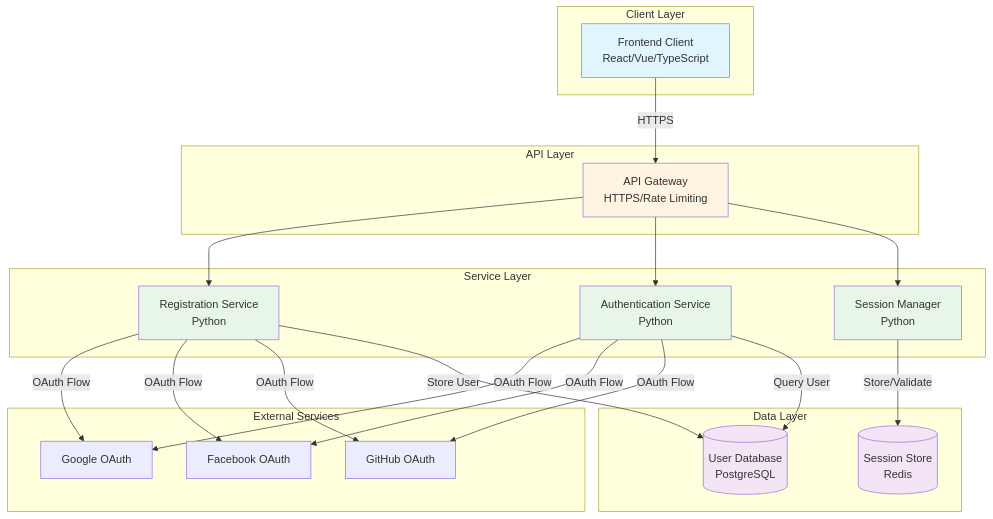
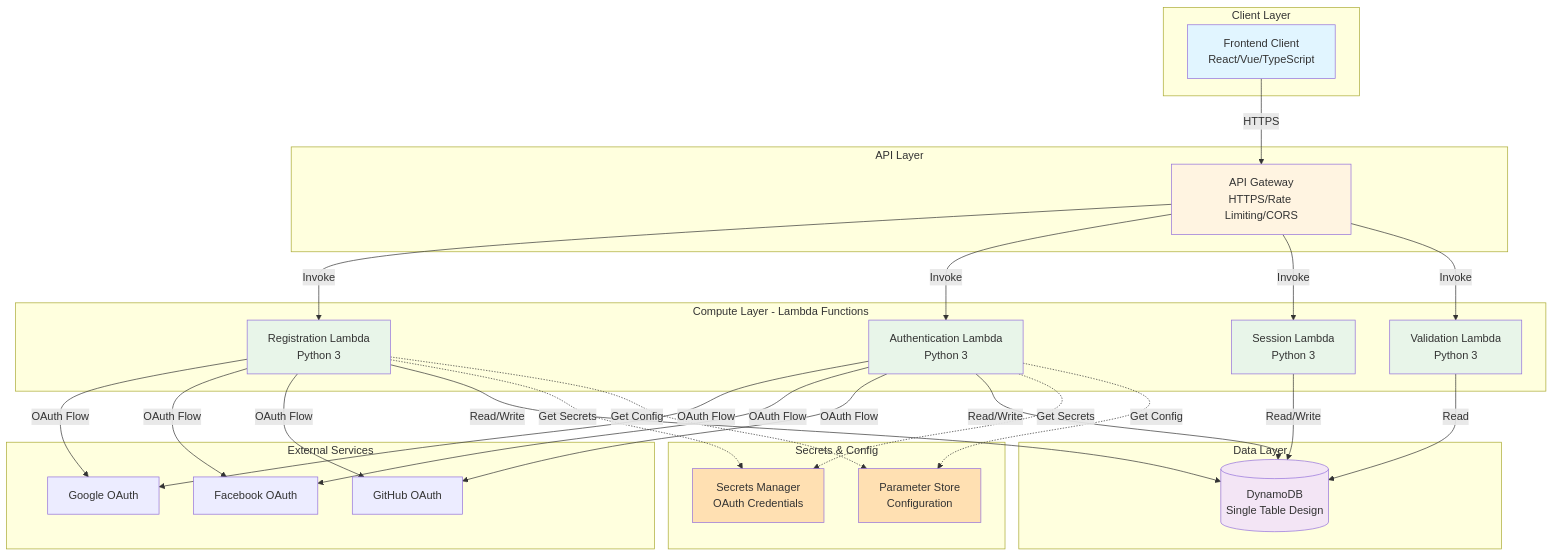
Before and after one commit to sdronava/yomite: the first of 3 diagrams in .kiro/specs/user-registration-service/design.md, drawn with Mermaid. The commit also changed other lines of this file and 9 other files, not shown here.

First line of the commit message:
Consolidate to serverless design as primary architecture

````diff
--- a/.kiro/specs/user-registration-service/design.md
+++ b/.kiro/specs/user-registration-service/design.md
@@ -27,52 +52,65 @@
 ```mermaid
 graph TB
     subgraph "Client Layer"
         FC[Frontend Client<br/>React/Vue/TypeScript]
     end
     
     subgraph "API Layer"
-        AG[API Gateway<br/>HTTPS/Rate Limiting]
+        APIGW[API Gateway<br/>HTTPS/Rate Limiting/CORS]
     end
     
-    subgraph "Service Layer"
-        RS[Registration Service<br/>Python]
-        AS[Authentication Service<br/>Python]
-        SM[Session Manager<br/>Python]
+    subgraph "Compute Layer - Lambda Functions"
+        LR[Registration Lambda<br/>Python 3]
+        LA[Authentication Lambda<br/>Python 3]
+        LS[Session Lambda<br/>Python 3]
+        LV[Validation Lambda<br/>Python 3]
     end
     
     subgraph "External Services"
         SP1[Google OAuth]
         SP2[Facebook OAuth]
         SP3[GitHub OAuth]
     end
     
     subgraph "Data Layer"
-        DB[(User Database<br/>PostgreSQL)]
-        SS[(Session Store<br/>Redis)]
+        DDB[(DynamoDB<br/>Single Table Design)]
     end
     
-    FC -->|HTTPS| AG
-    AG --> RS
-    AG --> AS
-    AG --> SM
+    subgraph "Secrets & Config"
+        SM[Secrets Manager<br/>OAuth Credentials]
+        SSM[Parameter Store<br/>Configuration]
+    end
     
-    RS -->|OAuth Flow| SP1
-    RS -->|OAuth Flow| SP2
-    RS -->|OAuth Flow| SP3
+    FC -->|HTTPS| APIGW
+    APIGW -->|Invoke| LR
+    APIGW -->|Invoke| LA
+    APIGW -->|Invoke| LS
+    APIGW -->|Invoke| LV
     
-    AS -->|OAuth Flow| SP1
-    AS -->|OAuth Flow| SP2
-    AS -->|OAuth Flow| SP3
+    LR -->|OAuth Flow| SP1
+    LR -->|OAuth Flow| SP2
+    LR -->|OAuth Flow| SP3
+    LA -->|OAuth Flow| SP1
+    LA -->|OAuth Flow| SP2
+    LA -->|OAuth Flow| SP3
     
-    RS -->|Store User| DB
-    AS -->|Query User| DB
-    SM -->|Store/Validate| SS
+    LR -->|Read/Write| DDB
+    LA -->|Read/Write| DDB
+    LS -->|Read/Write| DDB
+    LV -->|Read| DDB
+    
+    LR -.->|Get Secrets| SM
+    LA -.->|Get Secrets| SM
+    LR -.->|Get Config| SSM
+    LA -.->|Get Config| SSM
     
     style FC fill:#e1f5ff
-    style AG fill:#fff4e1
-    style RS fill:#e8f5e9
-    style AS fill:#e8f5e9
-    style SM fill:#e8f5e9
-    style DB fill:#f3e5f5
-    style SS fill:#f3e5f5
+    style APIGW fill:#fff4e1
+    style LR fill:#e8f5e9
+    style LA fill:#e8f5e9
+    style LS fill:#e8f5e9
+    style LV fill:#e8f5e9
+    style DDB fill:#f3e5f5
+    style SM fill:#ffe0b2
+    style SSM fill:#ffe0b2
 ```
````
